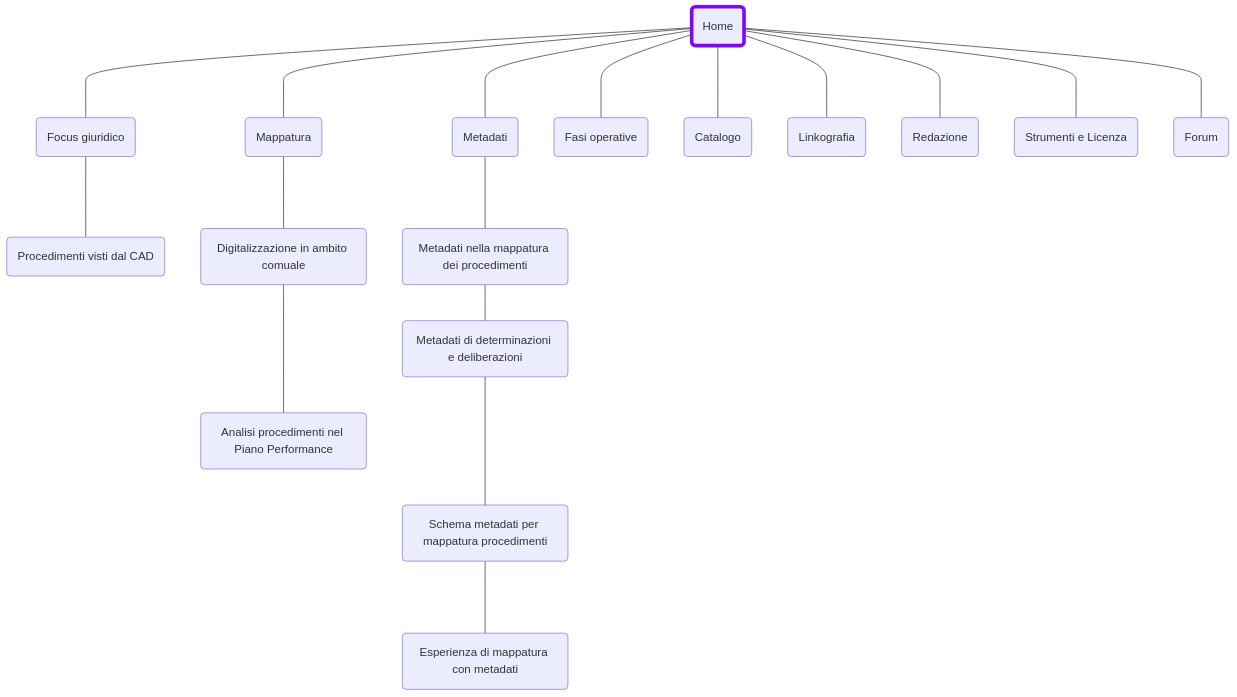
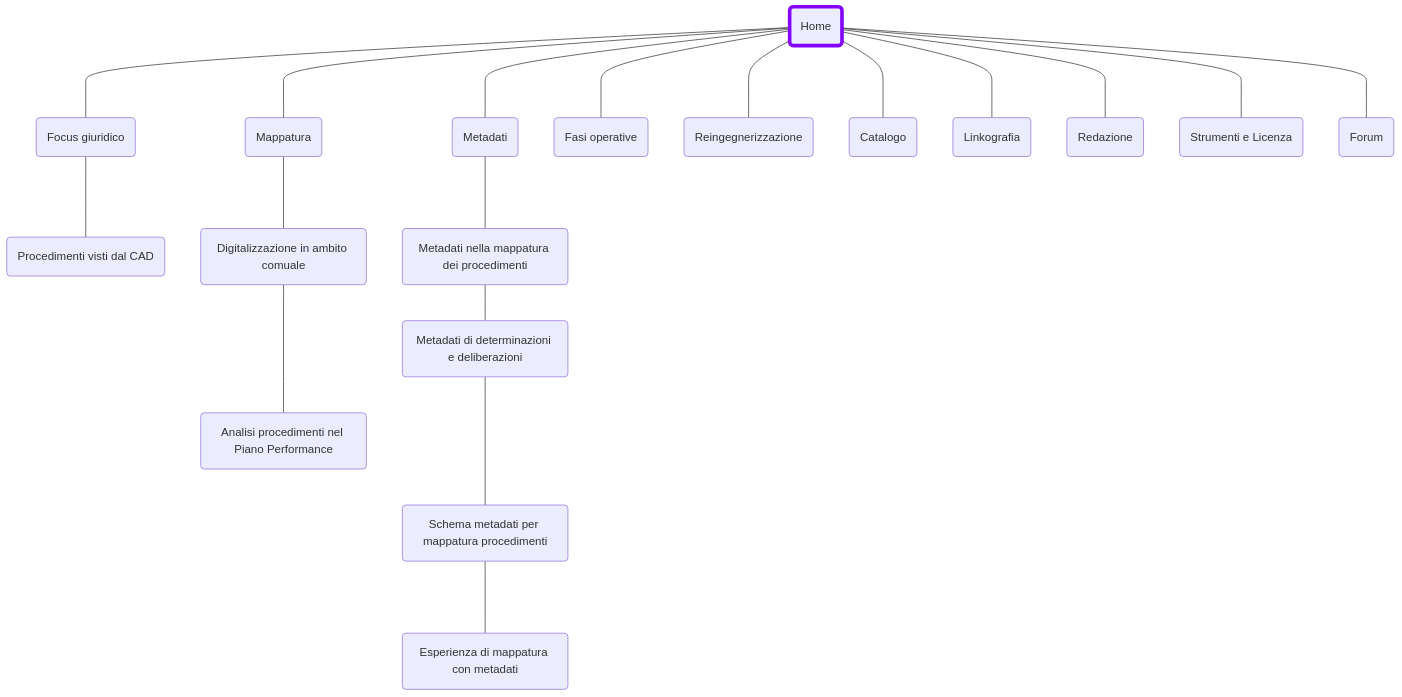
The diagram in docs/site-map.md (UO-TransizioneDigitaleComunePalermo/mappatura-procedimenti-amministrativi), drawn with Mermaid before and after one commit. The commit also changed other lines of this file, not shown here.

````diff
--- a/docs/site-map.md
+++ b/docs/site-map.md
@@ -43,38 +44,39 @@
 ``` mermaid
 graph TB
 A(Home)
 A ---- B(Focus giuridico);
 A ---- C(Mappatura);
 A ---- D(Metadati);
 A ---- E(Fasi operative);
+A ---- M(Reingegnerizzazione)
 A ---- F(Catalogo);
 A ---- G(Linkografia);
 A ---- H(Redazione);
 A ---- I(Strumenti e Licenza);
 A ---- L(Forum);
 B ---- B1(Procedimenti visti dal CAD);
 C ---- C1(Digitalizzazione in ambito comuale);
 C1 ---- C2(Analisi procedimenti nel Piano Performance);
 D ---- D1(Metadati nella mappatura dei procedimenti);
 D1 --- D2(Metadati di determinazioni e deliberazioni);
 D2 ---- D3(Schema metadati per mappatura procedimenti);
 D3 ---- D4(Esperienza di mappatura con metadati);
 click A "https://uo-transizionedigitalecomunepalermo.github.io/mappatura-procedimenti-amministrativi/" _blank
 click B "https://uo-transizionedigitalecomunepalermo.github.io/mappatura-procedimenti-amministrativi/contenuti/focus-giuridico/" _blank
 click B1 "https://uo-transizionedigitalecomunepalermo.github.io/mappatura-procedimenti-amministrativi/contenuti/cad/" _blank
 click C "https://uo-transizionedigitalecomunepalermo.github.io/mappatura-procedimenti-amministrativi/contenuti/digitalizzazione-ambito-comunale/" _blank
 click C1 "https://uo-transizionedigitalecomunepalermo.github.io/mappatura-procedimenti-amministrativi/contenuti/digitalizzazione-ambito-comunale/" _blank
 click C2 "https://uo-transizionedigitalecomunepalermo.github.io/mappatura-procedimenti-amministrativi/contenuti/esperienza-analisi/" _blank
 click D "https://uo-transizionedigitalecomunepalermo.github.io/mappatura-procedimenti-amministrativi/contenuti/metadati/" _blank
 click D1 "https://uo-transizionedigitalecomunepalermo.github.io/mappatura-procedimenti-amministrativi/contenuti/metadati/" _blank
 click D2 "https://uo-transizionedigitalecomunepalermo.github.io/mappatura-procedimenti-amministrativi/contenuti/metadati-determinazione-deliberazione/" _blank
 click D3 "https://uo-transizionedigitalecomunepalermo.github.io/mappatura-procedimenti-amministrativi/contenuti/schema-metadati/" _blank
 click D4 "https://uo-transizionedigitalecomunepalermo.github.io/mappatura-procedimenti-amministrativi/contenuti/esperienza-metadatazione/" _blank
 click E "https://uo-transizionedigitalecomunepalermo.github.io/mappatura-procedimenti-amministrativi/contenuti/fasi-operative/" _blank
 click F "https://uo-transizionedigitalecomunepalermo.github.io/mappatura-procedimenti-amministrativi/contenuti/catalogo/" _blank
 click G "https://uo-transizionedigitalecomunepalermo.github.io/mappatura-procedimenti-amministrativi/contenuti/linkografia/" _blank
 click H "https://uo-transizionedigitalecomunepalermo.github.io/mappatura-procedimenti-amministrativi/contenuti/redazione/" _blank
 click I "https://uo-transizionedigitalecomunepalermo.github.io/mappatura-procedimenti-amministrativi/contenuti/strumenti/" _blank
 click L "https://github.com/UO-TransizioneDigitaleComunePalermo/mappatura-procedimenti-amministrativi/discussions" _blank
 style A stroke:#8403fc,stroke-width:5px  
 ```
````
